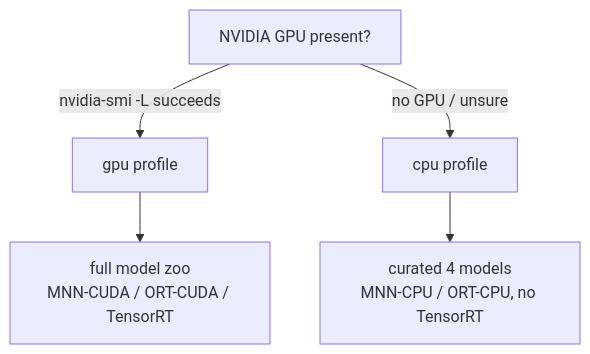
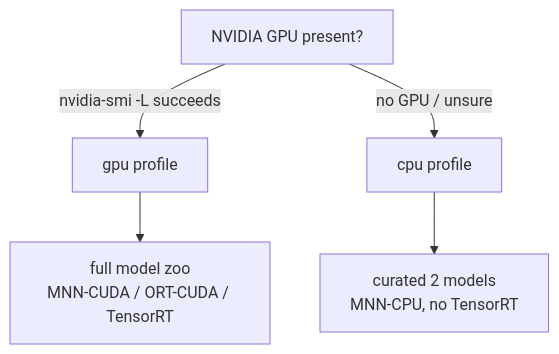
One commit to MaybeShewill-CV/mortred_model_server changed the second of 2 diagrams in docs/deployment.md. Above: the diagram before and after it, drawn with Mermaid. The commit also changed other lines of this file and 72 other files, not shown here.

````diff
--- a/docs/deployment.md
+++ b/docs/deployment.md
@@ -89,7 +89,7 @@
 ```mermaid
 flowchart TD
     A["NVIDIA GPU present?"] -->|"nvidia-smi -L succeeds"| GPU["gpu profile"]
     A -->|"no GPU / unsure"| CPU["cpu profile"]
     GPU --> G1["full model zoo<br/>MNN-CUDA / ORT-CUDA / TensorRT"]
-    CPU --> C1["curated 4 models<br/>MNN-CPU / ORT-CPU, no TensorRT"]
+    CPU --> C1["curated 2 models<br/>MNN-CPU, no TensorRT"]
 ```
````
